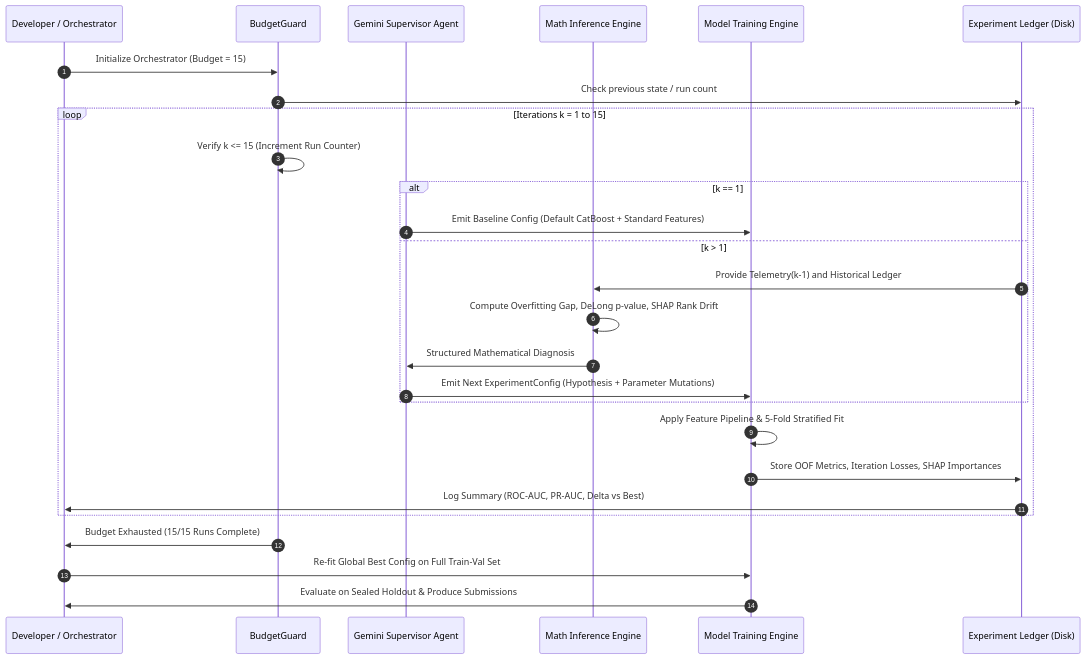
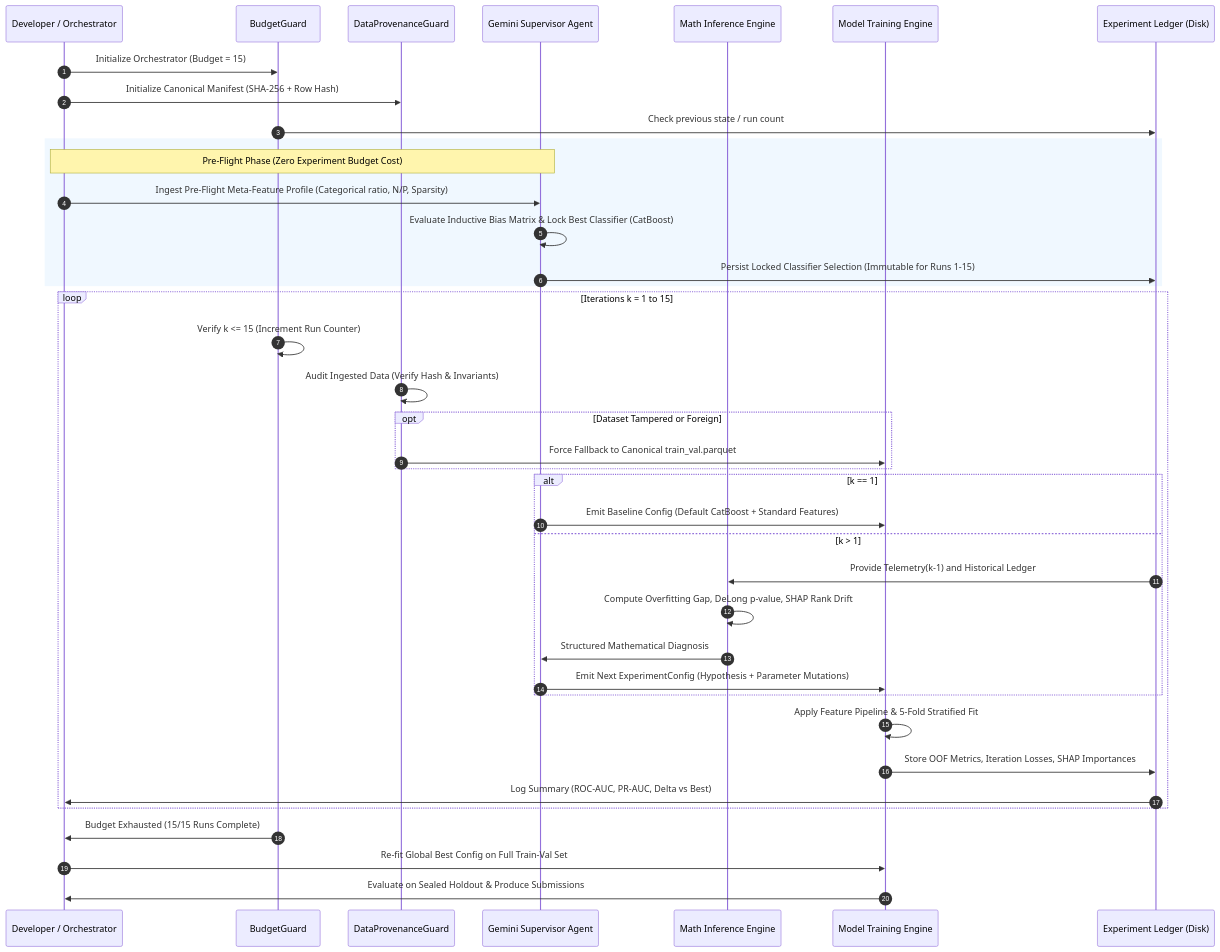
The second of 3 diagrams in TECHNICAL.md (uday0214/IOTAxEngimaHackathon), drawn with Mermaid before and after one commit. The commit also changed other lines of this file and 1 other file, not shown here.

Commit message:
Added: Dataset Validation & updated ARCHITECTURE.md, TECHNICAL.md

````diff
--- a/TECHNICAL.md
+++ b/TECHNICAL.md
@@ -82,32 +89,45 @@
 ```mermaid
 sequenceDiagram
     autonumber
     participant Human/CLI as Developer / Orchestrator
     participant Guard as BudgetGuard
+    participant DataGuard as DataProvenanceGuard
     participant Supervisor as Gemini Supervisor Agent
     participant Math as Math Inference Engine
     participant Trainer as Model Training Engine
     participant Ledger as Experiment Ledger (Disk)
 
     Human/CLI->>Guard: Initialize Orchestrator (Budget = 15)
+    Human/CLI->>DataGuard: Initialize Canonical Manifest (SHA-256 + Row Hash)
     Guard->>Ledger: Check previous state / run count
+
+    rect rgb(240, 248, 255)
+        note over Human/CLI, Supervisor: Pre-Flight Phase (Zero Experiment Budget Cost)
+        Human/CLI->>Supervisor: Ingest Pre-Flight Meta-Feature Profile (Categorical ratio, N/P, Sparsity)
+        Supervisor->>Supervisor: Evaluate Inductive Bias Matrix & Lock Best Classifier (CatBoost)
+        Supervisor->>Ledger: Persist Locked Classifier Selection (Immutable for Runs 1-15)
+    end
 
     loop Iterations k = 1 to 15
         Guard->>Guard: Verify k <= 15 (Increment Run Counter)
+        DataGuard->>DataGuard: Audit Ingested Data (Verify Hash & Invariants)
+        opt Dataset Tampered or Foreign
+            DataGuard->>Trainer: Force Fallback to Canonical train_val.parquet
+        end
         alt k == 1
             Supervisor->>Trainer: Emit Baseline Config (Default CatBoost + Standard Features)
         else k > 1
             Ledger->>Math: Provide Telemetry(k-1) and Historical Ledger
             Math->>Math: Compute Overfitting Gap, DeLong p-value, SHAP Rank Drift
             Math->>Supervisor: Structured Mathematical Diagnosis
             Supervisor->>Trainer: Emit Next ExperimentConfig (Hypothesis + Parameter Mutations)
         end
         Trainer->>Trainer: Apply Feature Pipeline & 5-Fold Stratified Fit
         Trainer->>Ledger: Store OOF Metrics, Iteration Losses, SHAP Importances
         Ledger->>Human/CLI: Log Summary (ROC-AUC, PR-AUC, Delta vs Best)
     end
 
     Guard->>Human/CLI: Budget Exhausted (15/15 Runs Complete)
     Human/CLI->>Trainer: Re-fit Global Best Config on Full Train-Val Set
     Trainer->>Human/CLI: Evaluate on Sealed Holdout & Produce Submissions
 ```
````
